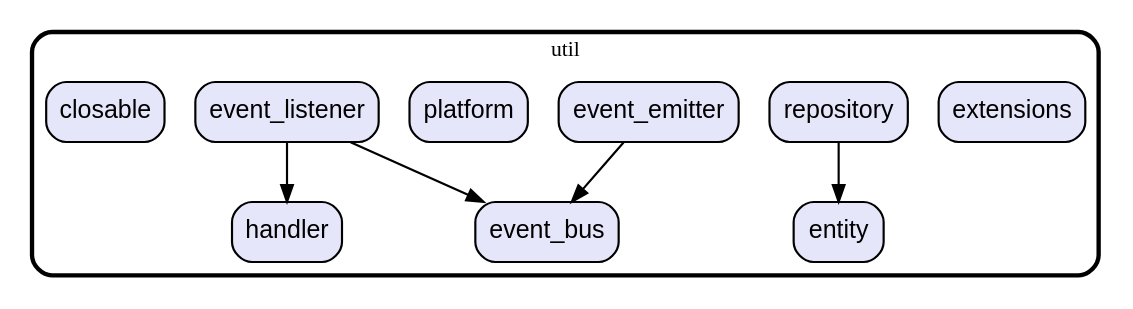
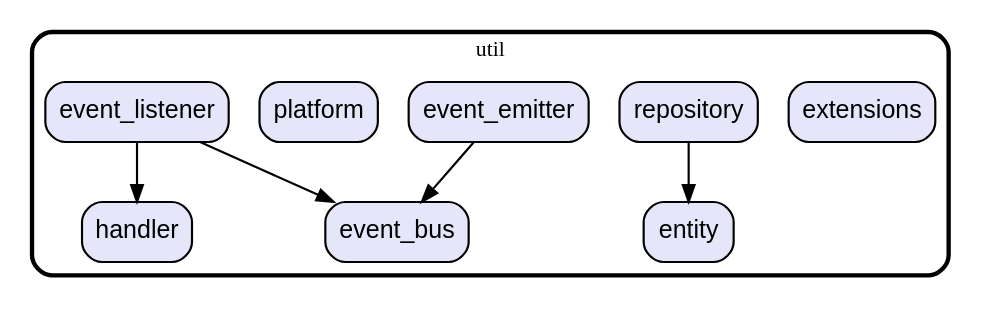
The diagram in graph/lib/util.dot (gev/reacthome-mobile), drawn with Graphviz before and after one commit. The commit also changed 19 other files, not shown here.

Commit message:
update dependencies graph

```diff
--- a/graph/lib/util.dot
+++ b/graph/lib/util.dot
@@ -1,30 +1,28 @@
 digraph "" {
   graph [style=rounded fontname="Arial Black" fontsize=13 penwidth=2.6];
   node [shape=rect style="filled,rounded" fontname=Arial fontsize=15 fillcolor=Lavender penwidth=1.3];
   edge [penwidth=1.3];
   "/handler.dart" [label="handler"];
   "/event_bus.dart" [label="event_bus"];
   "/extensions.dart" [label="extensions"];
   "/repository.dart" [label="repository"];
   "/event_emitter.dart" [label="event_emitter"];
   "/platform.dart" [label="platform"];
   "/event_listener.dart" [label="event_listener"];
-  "/closable.dart" [label="closable"];
   "/entity.dart" [label="entity"];
   subgraph "cluster~" {
     label="util";
     "/handler.dart";
     "/event_bus.dart";
     "/extensions.dart";
     "/repository.dart";
     "/event_emitter.dart";
     "/platform.dart";
     "/event_listener.dart";
-    "/closable.dart";
     "/entity.dart";
   }
   "/repository.dart" -> "/entity.dart";
   "/event_emitter.dart" -> "/event_bus.dart";
   "/event_listener.dart" -> "/event_bus.dart";
   "/event_listener.dart" -> "/handler.dart";
 }
```
